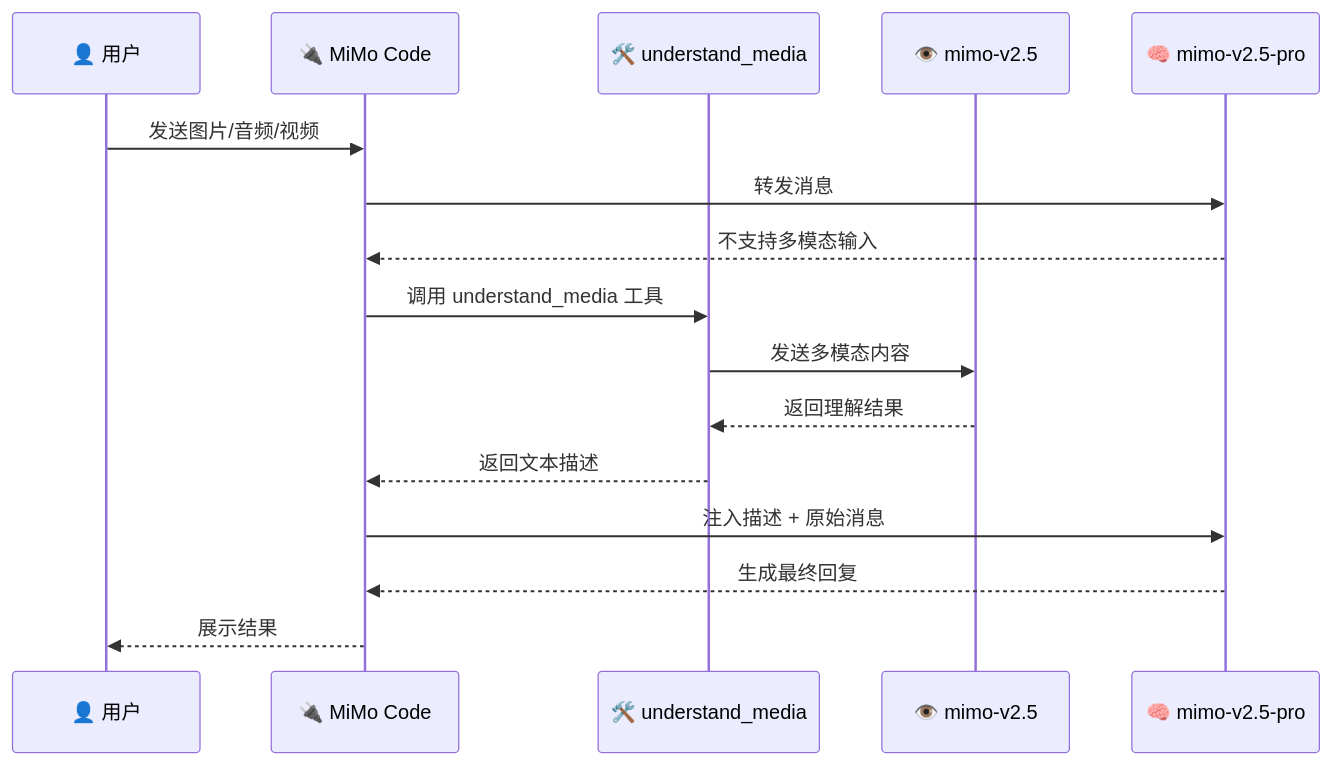
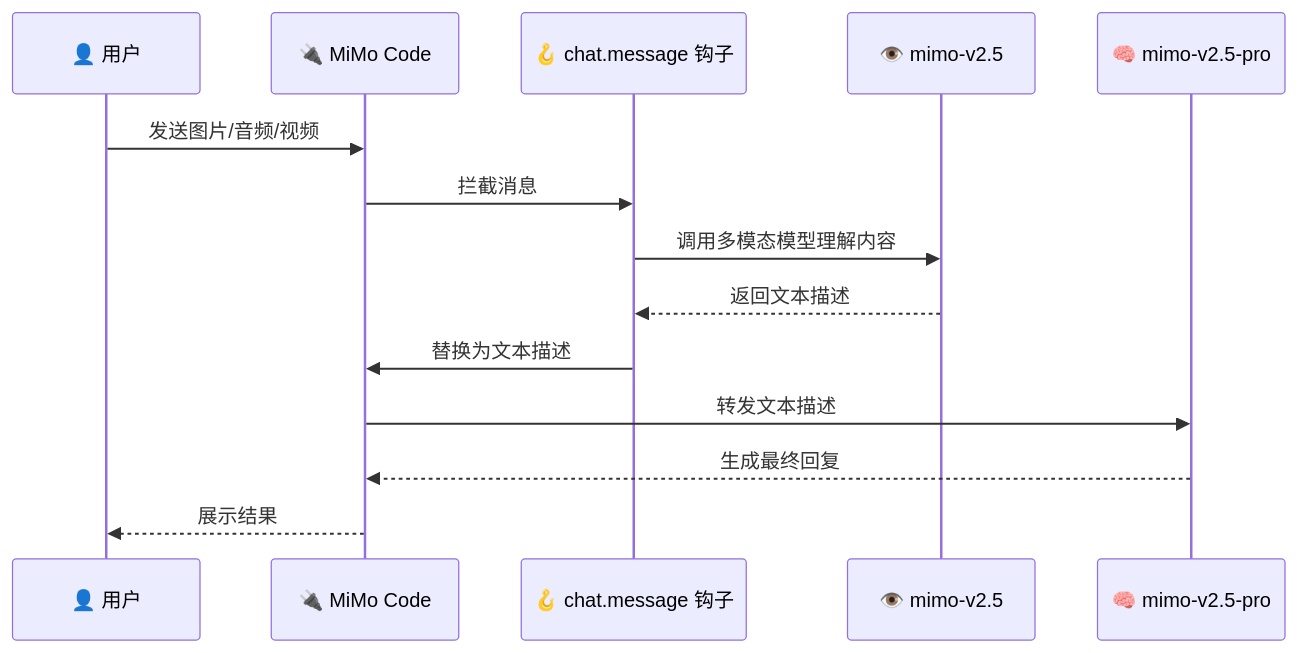
The diagram in README.md (will00768-max/MiMo-Multimodal-Bridge), drawn with Mermaid before and after one commit. The commit also changed other lines of this file and 1 other file, not shown here.

Commit message:
按官方插件 API 重写：使用 chat.message 钩子自动拦截多模态内容

````diff
--- a/README.md
+++ b/README.md
@@ -22,19 +22,17 @@
 ```mermaid
 sequenceDiagram
     participant U as 👤 用户
     participant P as 🔌 MiMo Code
-    participant T as 🛠️ understand_media
+    participant H as 🪝 chat.message 钩子
     participant V as 👁️ mimo-v2.5
     participant R as 🧠 mimo-v2.5-pro
 
     U->>P: 发送图片/音频/视频
-    P->>R: 转发消息
-    R-->>P: 不支持多模态输入
-    P->>T: 调用 understand_media 工具
-    T->>V: 发送多模态内容
-    V-->>T: 返回理解结果
-    T-->>P: 返回文本描述
-    P->>R: 注入描述 + 原始消息
+    P->>H: 拦截消息
+    H->>V: 调用多模态模型理解内容
+    V-->>H: 返回文本描述
+    H->>P: 替换为文本描述
+    P->>R: 转发文本描述
     R-->>P: 生成最终回复
     P-->>U: 展示结果
 ```
````
